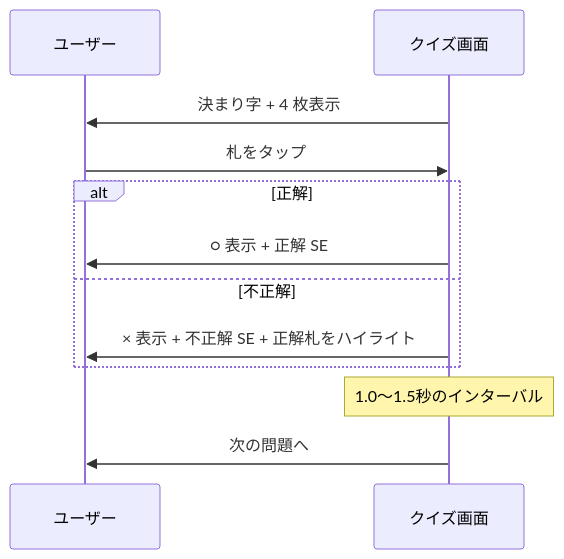
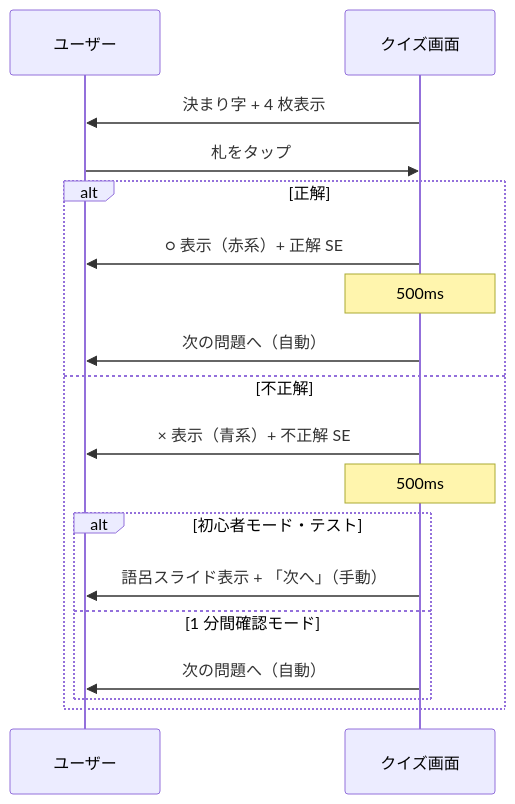
Before and after one commit to kg9n3n8y/kimariji_master: the first of 2 diagrams in doc/v2/機能仕様.md, drawn with Mermaid. The commit also changed other lines of this file and 36 other files, not shown here.

````diff
--- a/doc/v2/機能仕様.md
+++ b/doc/v2/機能仕様.md
@@ -92,15 +92,21 @@
 ```mermaid
 sequenceDiagram
     participant U as ユーザー
     participant Q as クイズ画面
 
     Q->>U: 決まり字 + 4 枚表示
     U->>Q: 札をタップ
     alt 正解
-        Q->>U: ○ 表示 + 正解 SE
+        Q->>U: ○ 表示（赤系）+ 正解 SE
+        Note over Q: 500ms
+        Q->>U: 次の問題へ（自動）
     else 不正解
-        Q->>U: × 表示 + 不正解 SE + 正解札をハイライト
+        Q->>U: × 表示（青系）+ 不正解 SE
+        Note over Q: 500ms
+        alt 初心者モード・テスト
+            Q->>U: 語呂スライド表示 + 「次へ」（手動）
+        else 1 分間確認モード
+            Q->>U: 次の問題へ（自動）
+        end
     end
-    Note over Q: 1.0〜1.5秒のインターバル
-    Q->>U: 次の問題へ
 ```
````
